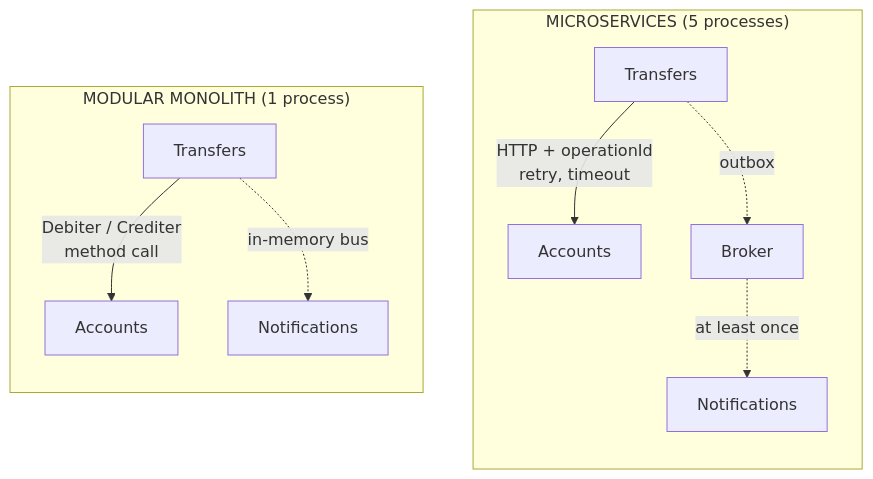
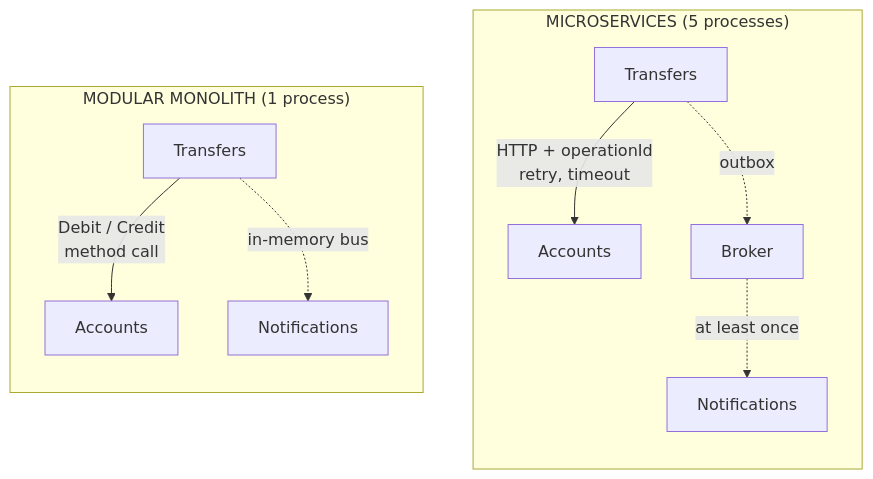
One commit to drangoht/ArchitecturesDemo changed the diagram in Docs/en/differences/09-monolithe-modulaire-vs-microservices.md. Above: the diagram before and after it, drawn with Mermaid. The commit also changed other lines of this file and 78 other files, not shown here.

First line of the commit message:
Docs EN : identifiants, liens, diagrammes et sorties alignés sur le code anglais

````diff
--- a/Docs/en/differences/09-monolithe-modulaire-vs-microservices.md
+++ b/Docs/en/differences/09-monolithe-modulaire-vs-microservices.md
@@ -37,14 +37,14 @@
 ```mermaid
 flowchart LR
     subgraph M["MODULAR MONOLITH (1 process)"]
         direction TB
-        V1["Transfers"] -->|"Debiter / Crediter<br/>method call"| C1["Accounts"]
+        V1["Transfers"] -->|"Debit / Credit<br/>method call"| C1["Accounts"]
         V1 -.->|"in-memory bus"| N1["Notifications"]
     end
     subgraph S["MICROSERVICES (5 processes)"]
         direction TB
         V2["Transfers"] -->|"HTTP + operationId<br/>retry, timeout"| C2["Accounts"]
         V2 -.->|"outbox"| K2["Broker"] -.->|"at least once"| N2["Notifications"]
     end
     M ~~~ S
 ```
````
